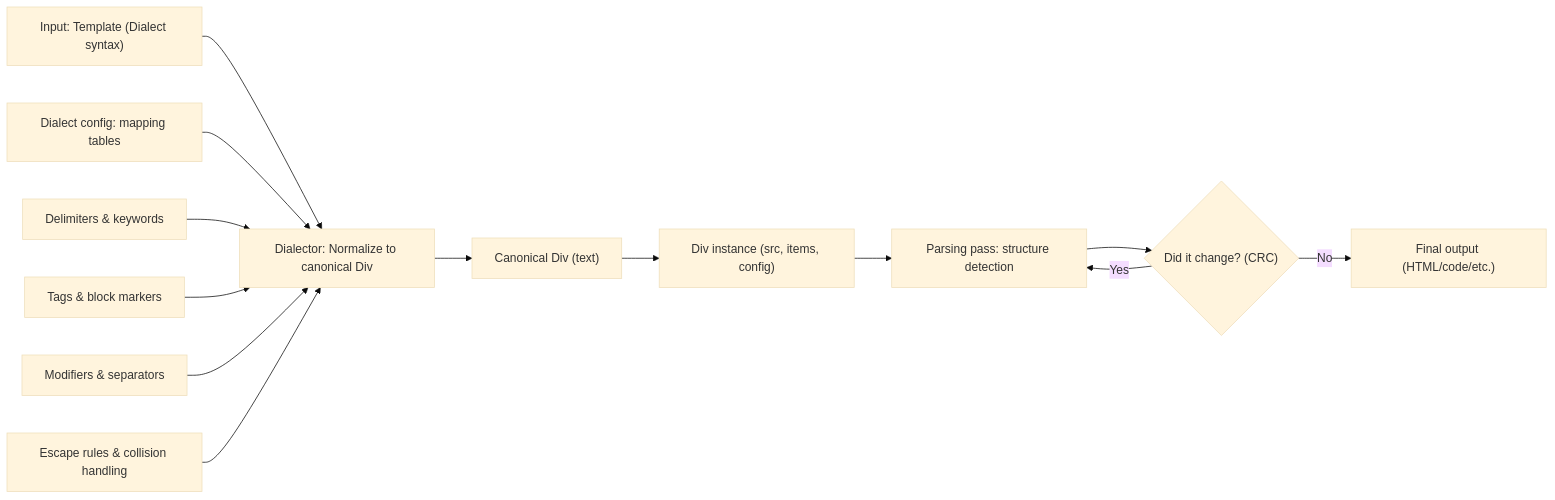
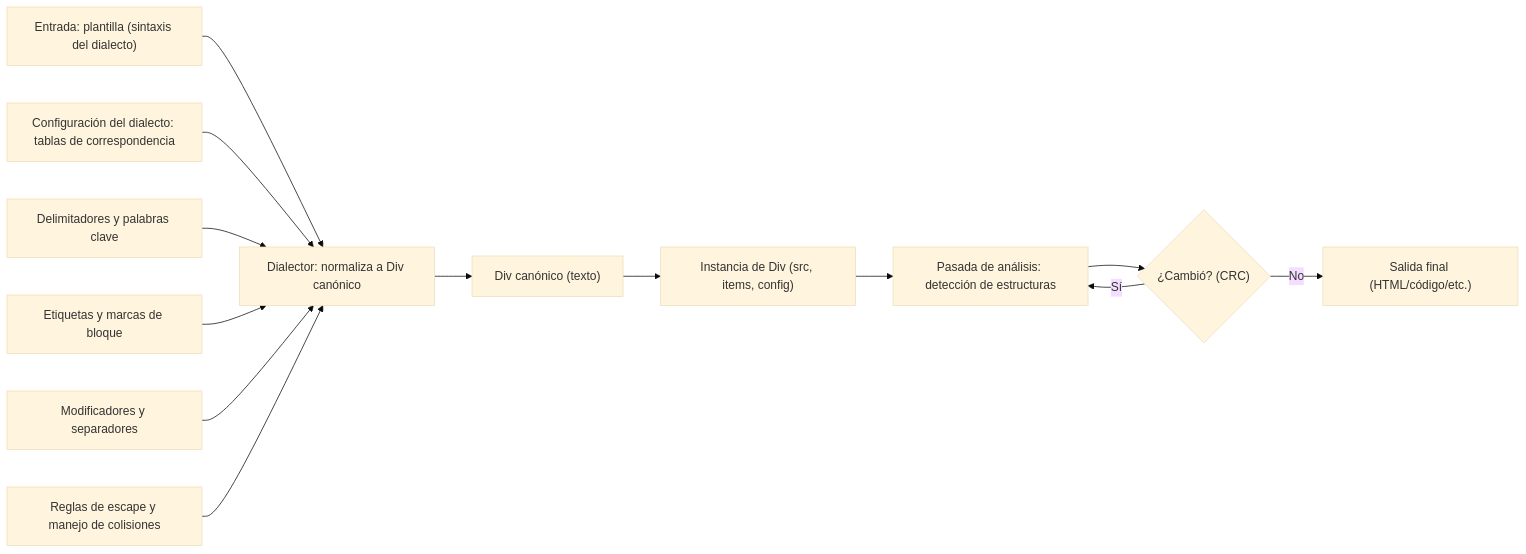
Before and after one commit to divengine/divide: the third of 4 diagrams in src/divide/manual/books/div.es/README.md, drawn with Mermaid (base theme). The commit also changed other lines of this file and 1 other file, not shown here.

Commit message:
Div's documentation in Spanish: the README's diagrams in Spanish, synced

````diff
--- a/src/divide/manual/books/div.es/README.md
+++ b/src/divide/manual/books/div.es/README.md
@@ -68,17 +68,17 @@
 ```mermaid
 flowchart LR
-    A["Input: Template (Dialect syntax)"] --> C["Dialector: Normalize to canonical Div"]
+    A["Entrada: plantilla (sintaxis del dialecto)"] --> C["Dialector: normaliza a Div canónico"]
 
-    B1["Dialect config: mapping tables"] --> C
-    B2["Delimiters & keywords"] --> C
-    B3["Tags & block markers"] --> C
-    B4["Modifiers & separators"] --> C
-    B5["Escape rules & collision handling"] --> C
+    B1["Configuración del dialecto: tablas de correspondencia"] --> C
+    B2["Delimitadores y palabras clave"] --> C
+    B3["Etiquetas y marcas de bloque"] --> C
+    B4["Modificadores y separadores"] --> C
+    B5["Reglas de escape y manejo de colisiones"] --> C
 
-    C --> D["Canonical Div (text)"]
-    D --> E["Div instance (src, items, config)"]
-    E --> F["Parsing pass: structure detection"]
-    F --> G{"Did it change? (CRC)"}
-    G -- "Yes" --> F
-    G -- "No" --> H["Final output (HTML/code/etc.)"]
+    C --> D["Div canónico (texto)"]
+    D --> E["Instancia de Div (src, items, config)"]
+    E --> F["Pasada de análisis: detección de estructuras"]
+    F --> G{"¿Cambió? (CRC)"}
+    G -- "Sí" --> F
+    G -- "No" --> H["Salida final (HTML/código/etc.)"]
 ```
````
